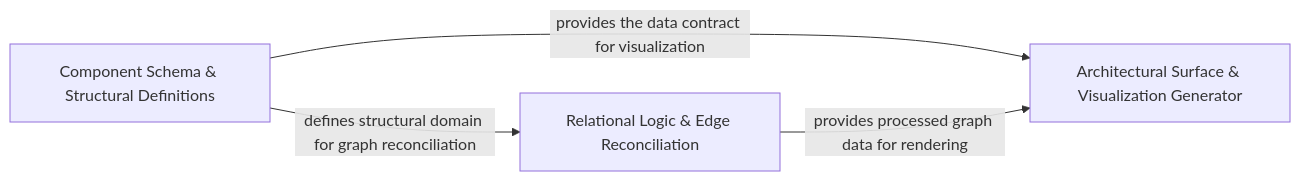
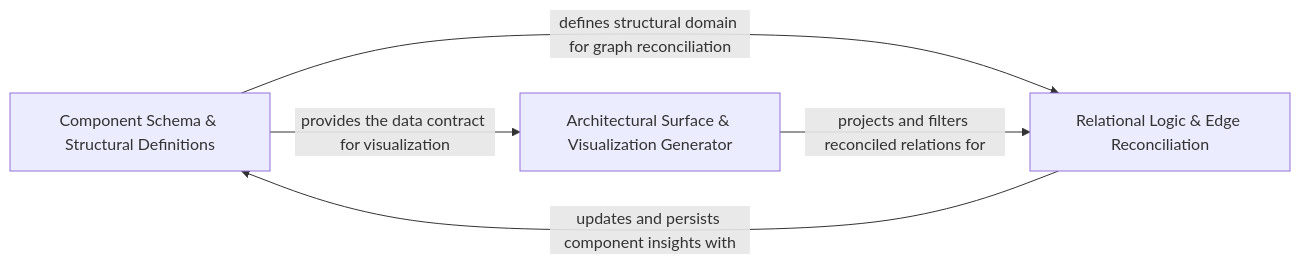
Before and after one commit to CodeBoarding/CodeBoarding: the diagram in .codeboarding/Component_Modeling_API_Definition.md, drawn with Mermaid. The commit also changed other lines of this file and 22 other files, not shown here.

Commit message:
chore(codeboarding): sync architecture baseline

````diff
--- a/.codeboarding/Component_Modeling_API_Definition.md
+++ b/.codeboarding/Component_Modeling_API_Definition.md
@@ -1,9 +1,10 @@
 ```mermaid
 graph LR
     Component_Schema_Structural_Definitions["Component Schema & Structural Definitions"]
     Architectural_Surface_Visualization_Generator["Architectural Surface & Visualization Generator"]
     Relational_Logic_Edge_Reconciliation["Relational Logic & Edge Reconciliation"]
     Component_Schema_Structural_Definitions -- "provides the data contract for visualization" --> Architectural_Surface_Visualization_Generator
     Component_Schema_Structural_Definitions -- "defines structural domain for graph reconciliation" --> Relational_Logic_Edge_Reconciliation
-    Relational_Logic_Edge_Reconciliation -- "provides processed graph data for rendering" --> Architectural_Surface_Visualization_Generator
+    Architectural_Surface_Visualization_Generator -- "projects and filters reconciled relations for" --> Relational_Logic_Edge_Reconciliation
+    Relational_Logic_Edge_Reconciliation -- "updates and persists component insights with" --> Component_Schema_Structural_Definitions
 ```
````
